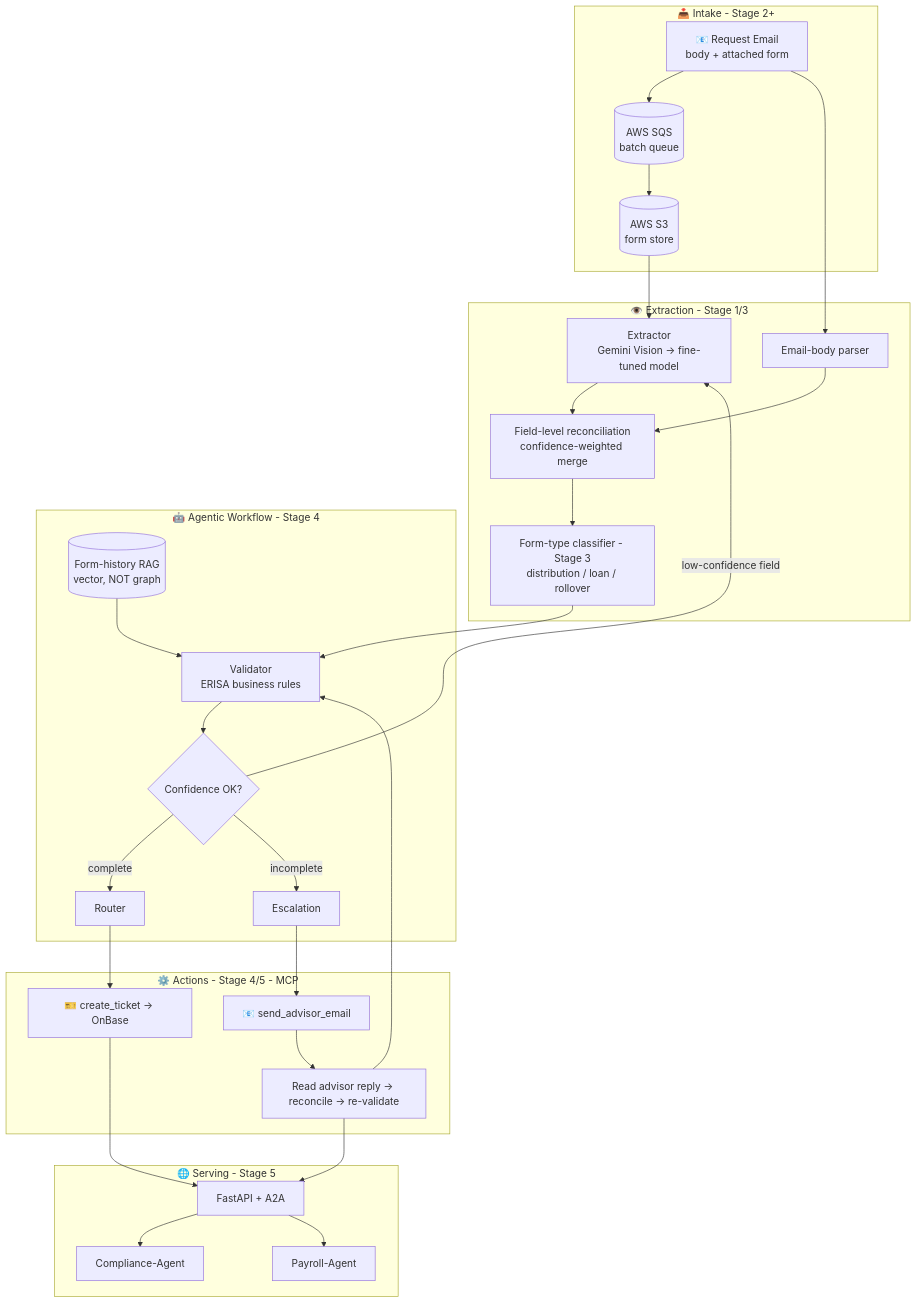
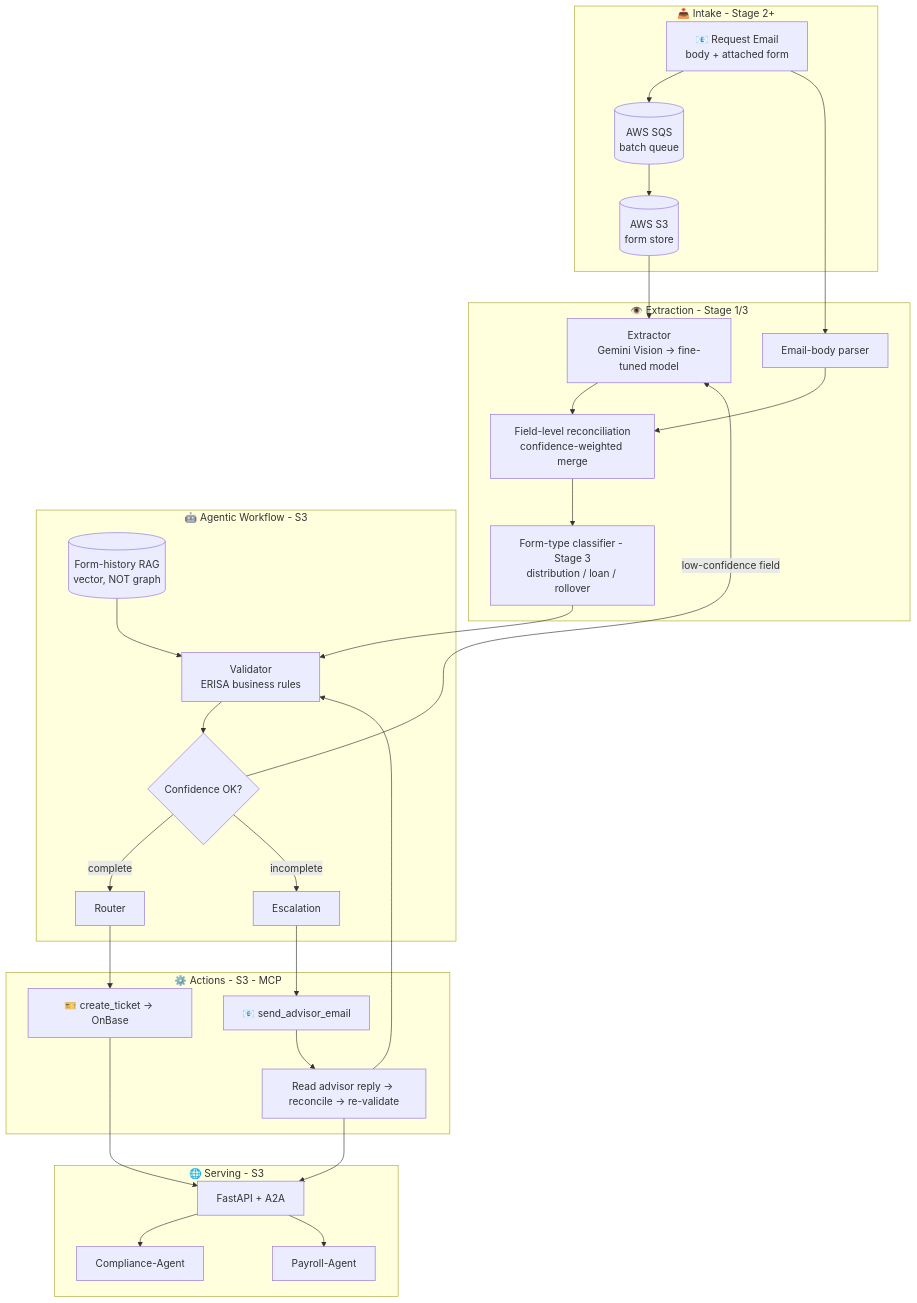
The diagram in project_scopes/FORMSENSE_DISTRIBUTION_SCOPE_v1_7_FULL_PRODUCTION.md (manuel-reyes-ml/data-portfolio), drawn with Mermaid before and after one commit. The commit also changed other lines of this file, not shown here.

Commit message:
docs(scope): rewrite FormSense full-prod body to 3-stage + per-stage courses/certs [v2.0]

````diff
--- a/project_scopes/FORMSENSE_DISTRIBUTION_SCOPE_v1_7_FULL_PRODUCTION.md
+++ b/project_scopes/FORMSENSE_DISTRIBUTION_SCOPE_v1_7_FULL_PRODUCTION.md
@@ -102,38 +128,38 @@
 ```mermaid
 flowchart TB
     subgraph Intake[📥 Intake - Stage 2+]
         E[📧 Request Email<br/>body + attached form] --> Q[(AWS SQS<br/>batch queue)]
         Q --> S3[(AWS S3<br/>form store)]
     end
 
     subgraph Extract[👁️ Extraction - Stage 1/3]
         S3 --> EX[Extractor<br/>Gemini Vision → fine-tuned model]
         E --> EB[Email-body parser]
         EX --> REC[Field-level reconciliation<br/>confidence-weighted merge]
         EB --> REC
         REC --> CLS[Form-type classifier - Stage 3<br/>distribution / loan / rollover]
     end
 
-    subgraph Reason[🤖 Agentic Workflow - Stage 4]
+    subgraph Reason[🤖 Agentic Workflow - S3]
         CLS --> VAL[Validator<br/>ERISA business rules]
         VAL --> CHK{Confidence OK?}
         CHK -->|low-confidence field| EX
         CHK -->|complete| ROUTE[Router]
         CHK -->|incomplete| ESC[Escalation]
         HIST[(Form-history RAG<br/>vector, NOT graph)] --> VAL
     end
 
-    subgraph Act[⚙️ Actions - Stage 4/5 - MCP]
+    subgraph Act[⚙️ Actions - S3 - MCP]
         ROUTE --> TICKET[🎫 create_ticket → OnBase]
         ESC --> EMAIL[📧 send_advisor_email]
         EMAIL --> REPLY[Read advisor reply → reconcile → re-validate]
         REPLY --> VAL
     end
 
-    subgraph Serve[🌐 Serving - Stage 5]
+    subgraph Serve[🌐 Serving - S3]
         TICKET --> API[FastAPI + A2A]
         REPLY --> API
         API --> COMP[Compliance-Agent]
         API --> PAY[Payroll-Agent]
     end
 ```
````
